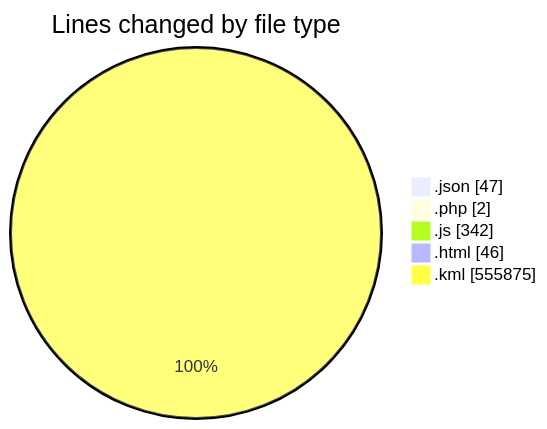
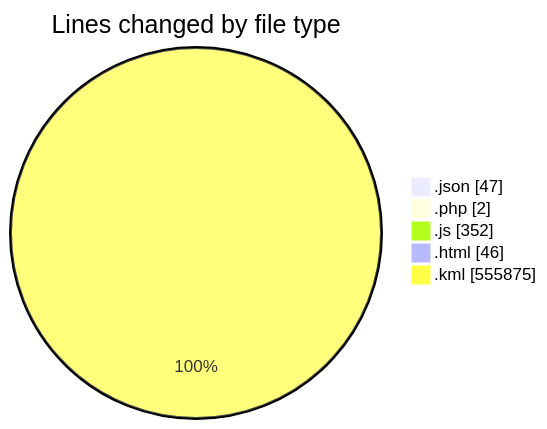
One commit to LanceThiago/code-tracking changed the first of 2 diagrams in 2025-03-27/kml/README.md. Above: the diagram before and after it, drawn with Mermaid. The commit also changed other lines of this file and 1 other file, not shown here.

````diff
--- a/2025-03-27/kml/README.md
+++ b/2025-03-27/kml/README.md
@@ -28,9 +28,9 @@
 ```mermaid
 pie showData
 title Lines changed by file type
 ".json" : 47
 ".php" : 2
-".js" : 342
+".js" : 352
 ".html" : 46
 ".kml" : 555875
 ```
````
